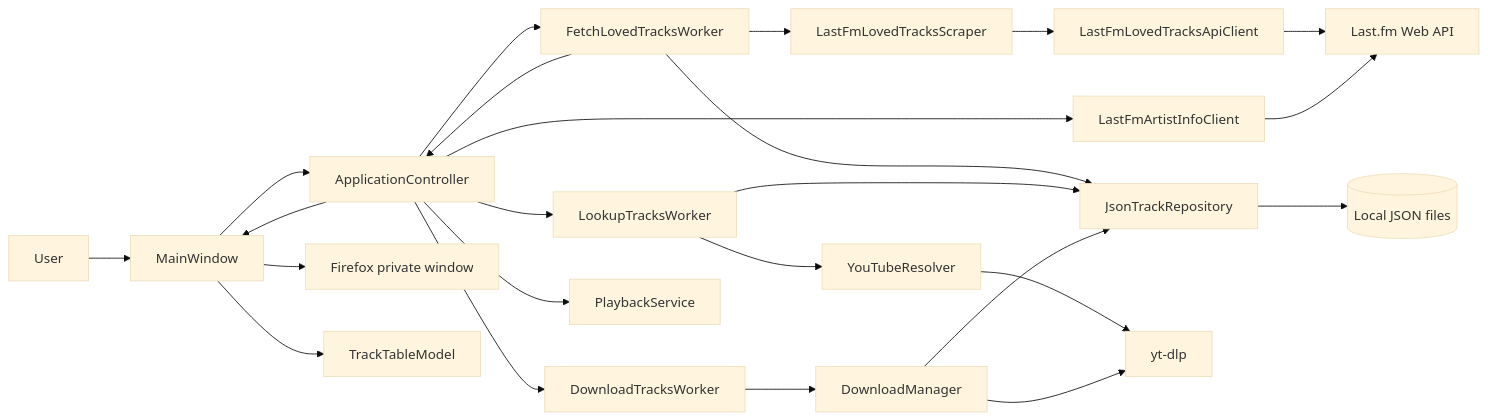
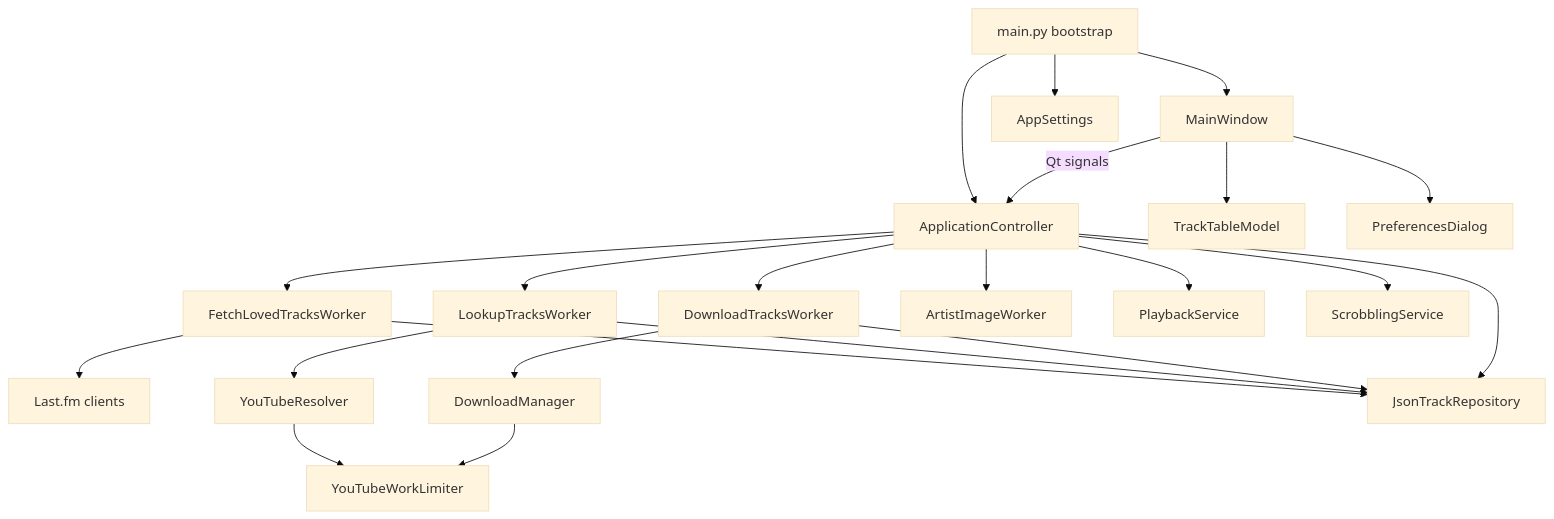
The second of 4 diagrams in documents/03_ARCHITECTURE.md (marcelpetrick/myLastFmPlayer), drawn with Mermaid (base theme) before and after one commit. The commit also changed other lines of this file and 24 other files, not shown here.

First line of the commit message:
docs(product): present maintained release and current architecture (v0.0.165)

````diff
--- a/documents/03_ARCHITECTURE.md
+++ b/documents/03_ARCHITECTURE.md
@@ -51,26 +52,27 @@
 ```mermaid
-flowchart LR
-    User[User] --> UI[MainWindow]
-    UI --> Controller[ApplicationController]
+flowchart TB
+    Main[main.py bootstrap] --> Window[MainWindow]
+    Main --> Controller[ApplicationController]
+    Main --> Settings[AppSettings]
+    Window --> Table[TrackTableModel]
+    Window --> Preferences[PreferencesDialog]
+    Window -- Qt signals --> Controller
+
     Controller --> FetchWorker[FetchLovedTracksWorker]
     Controller --> LookupWorker[LookupTracksWorker]
     Controller --> DownloadWorker[DownloadTracksWorker]
+    Controller --> ImageWorker[ArtistImageWorker]
     Controller --> Playback[PlaybackService]
-    Controller --> ArtistInfo[LastFmArtistInfoClient]
-    FetchWorker --> Scraper[LastFmLovedTracksScraper]
-    Scraper --> ApiClient[LastFmLovedTracksApiClient]
-    ApiClient --> LastFm[Last.fm Web API]
-    ArtistInfo --> LastFm
-    UI --> Firefox[Firefox private window]
-    FetchWorker --> Storage[JsonTrackRepository]
+    Controller --> Scrobbling[ScrobblingService]
+
+    FetchWorker --> LastFm[Last.fm clients]
     LookupWorker --> Resolver[YouTubeResolver]
-    Resolver --> Ytdlp[yt-dlp]
-    LookupWorker --> Storage
-    DownloadWorker --> DownloadManager[DownloadManager]
-    DownloadManager --> Ytdlp[yt-dlp]
-    DownloadManager --> Storage
-    Storage --> Json[(Local JSON files)]
-    FetchWorker --> Controller
-    Controller --> UI
-    UI --> TableModel[TrackTableModel]
+    DownloadWorker --> Downloader[DownloadManager]
+    Resolver --> Limiter[YouTubeWorkLimiter]
+    Downloader --> Limiter
+
+    FetchWorker --> Repository[JsonTrackRepository]
+    LookupWorker --> Repository
+    DownloadWorker --> Repository
+    Controller --> Repository
 ```
````
